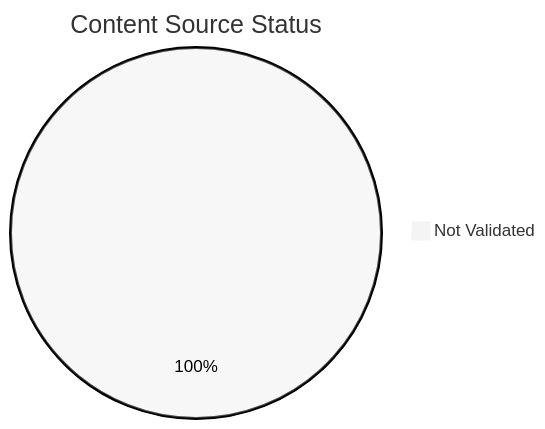
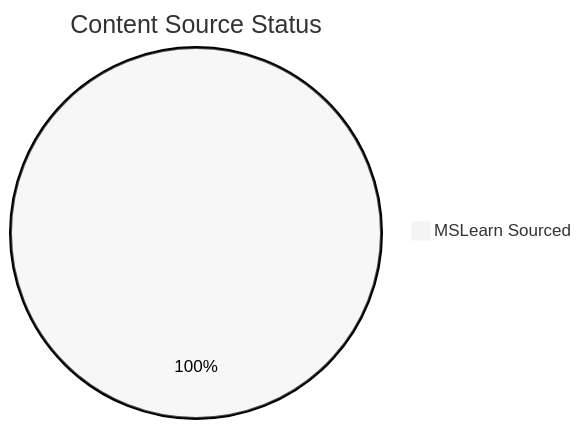
One commit to yeongseon/azure-functions-practical-guide changed the diagram in docs/reference/content-validation-status.md. Above: the diagram before and after it, drawn with Mermaid (neutral theme). The commit also changed other lines of this file and 293 other files, not shown here.

First line of the commit message:
feat: add MSLearn source attribution to all 475 mermaid diagrams

````diff
--- a/docs/reference/content-validation-status.md
+++ b/docs/reference/content-validation-status.md
@@ -20,4 +26,4 @@
 ```mermaid
 pie title Content Source Status
-    "Not Validated" : 474
+    "MSLearn Sourced" : 475
 ```
````
